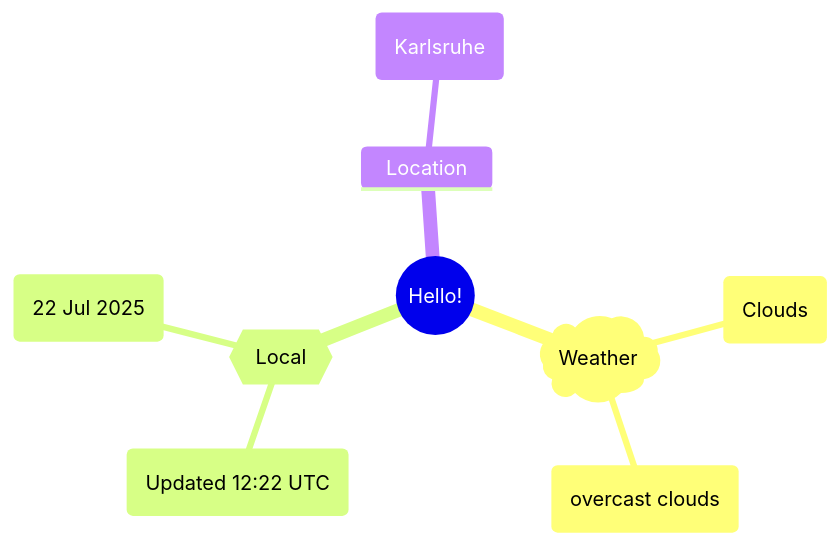
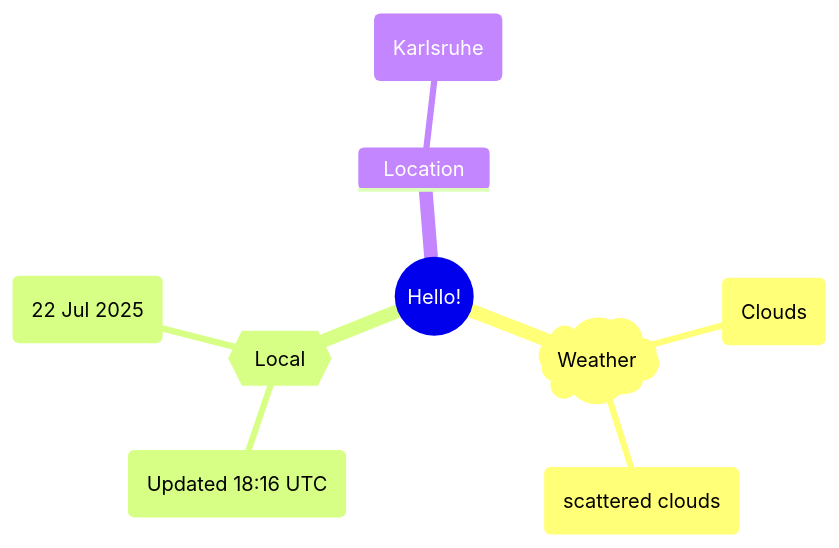
Before and after one commit to Xosrov/Xosrov: the first of 2 diagrams in README.md, drawn with Mermaid.

Commit message:
[bot] updated images

````diff
--- a/README.md
+++ b/README.md
@@ -3,12 +3,12 @@
 ```mermaid
 mindmap
   root((Hello!))
     )Weather(
         (Clouds)
-        (overcast clouds)
+        (scattered clouds)
     {{Local}}
-        (Updated 12:22 UTC)
+        (Updated 18:16 UTC)
         (22 Jul 2025)
     Location
         (Karlsruhe)
 ```
````
